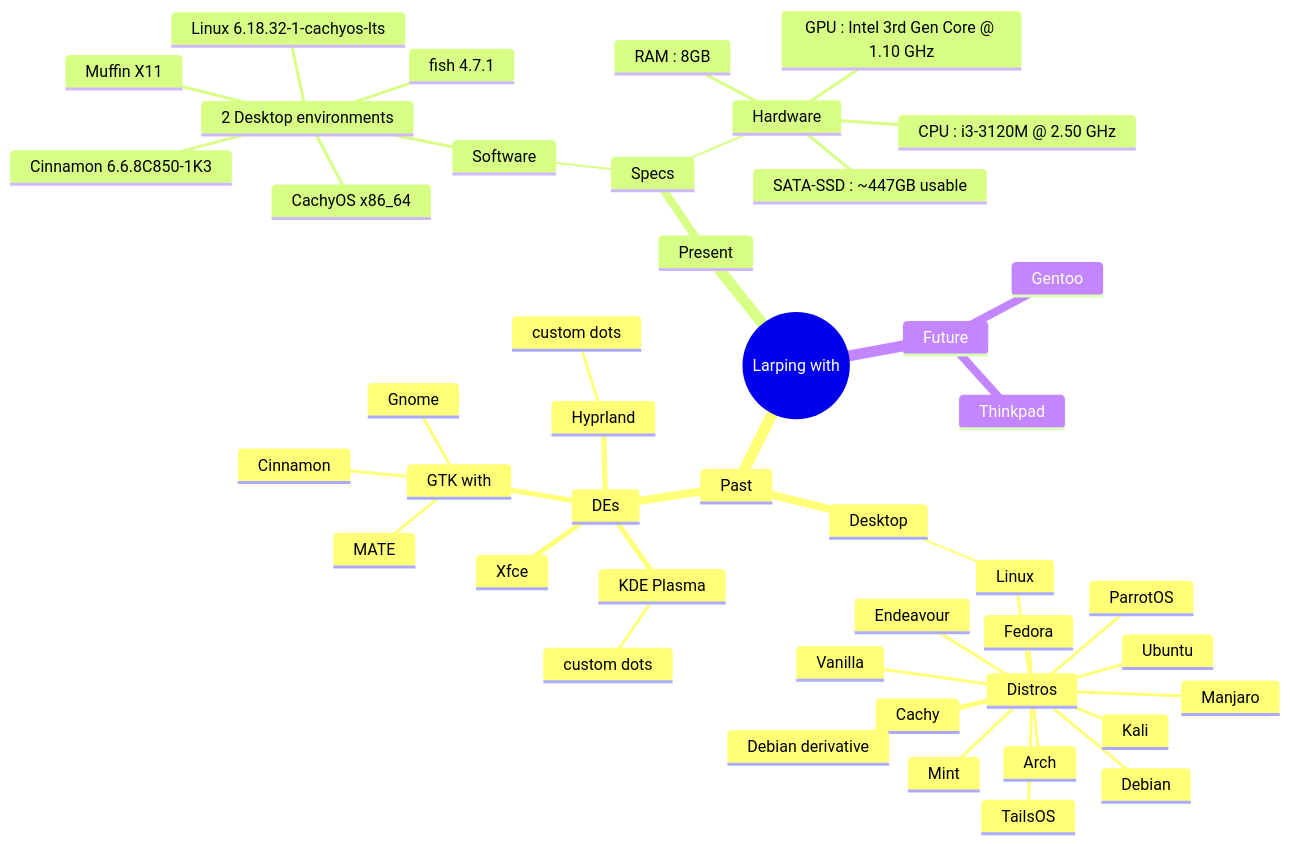
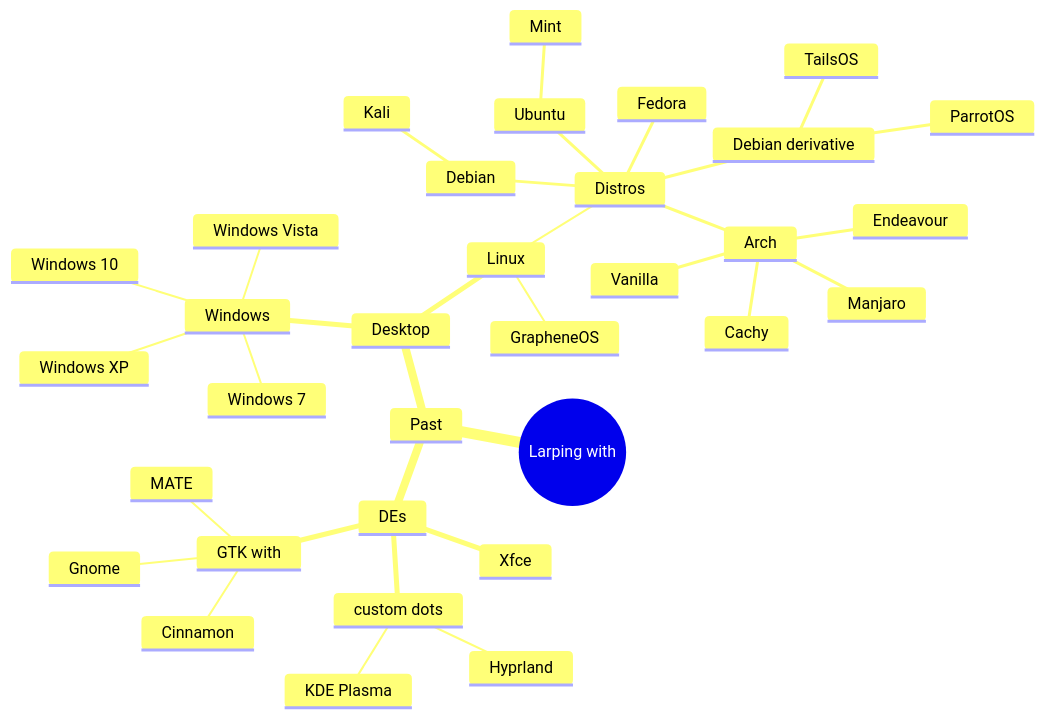
One commit to Chintanpatel24/Chintanpatel24 changed the diagram in README.md. Above: the diagram before and after it, drawn with Mermaid.

````diff
--- a/README.md
+++ b/README.md
@@ -4,51 +4,37 @@
 ```mermaid
-
 mindmap
 root((Larping with))
  Past
-   Desktop
-	   Linux
-	    Distros
-		    Arch
+  Desktop
+   Windows
+    Windows 7
+    Windows XP
+    Windows Vista
+    Windows 10
+   Linux
+    GrapheneOS
+    Distros
+     Arch
       Endeavour
       Vanilla
       Cachy
       Manjaro
-		    Debian
+     Debian
       Kali
-		    Ubuntu
+     Ubuntu
       Mint
-		    Fedora
-		    Debian derivative
+     Fedora
+     Debian derivative
       ParrotOS
       TailsOS
-		DEs
-      Xfce
-      KDE Plasma
-        custom dots
-      Hyprland
-        custom dots
-      GTK with
-        Cinnamon
-        Gnome
-        MATE
- Present
-   Specs
-    Hardware     
-      GPU : Intel 3rd Gen Core @ 1.10 GHz
-      CPU : i3-3120M @ 2.50 GHz
-      RAM : 8GB
-      SATA-SSD : ~447GB usable 
-    Software
-	    2 Desktop environments
-		    
-      CachyOS x86_64
-      Muffin X11
-      Cinnamon 6.6.8C850-1K3
-      fish 4.7.1
-      Linux 6.18.32-1-cachyos-lts
- Future
-  Thinkpad
-  Gentoo
+  DEs
+   Xfce
+   custom dots
+    Hyprland
+    KDE Plasma
+   GTK with
+    Cinnamon
+    Gnome
+    MATE
 
 ```
````
